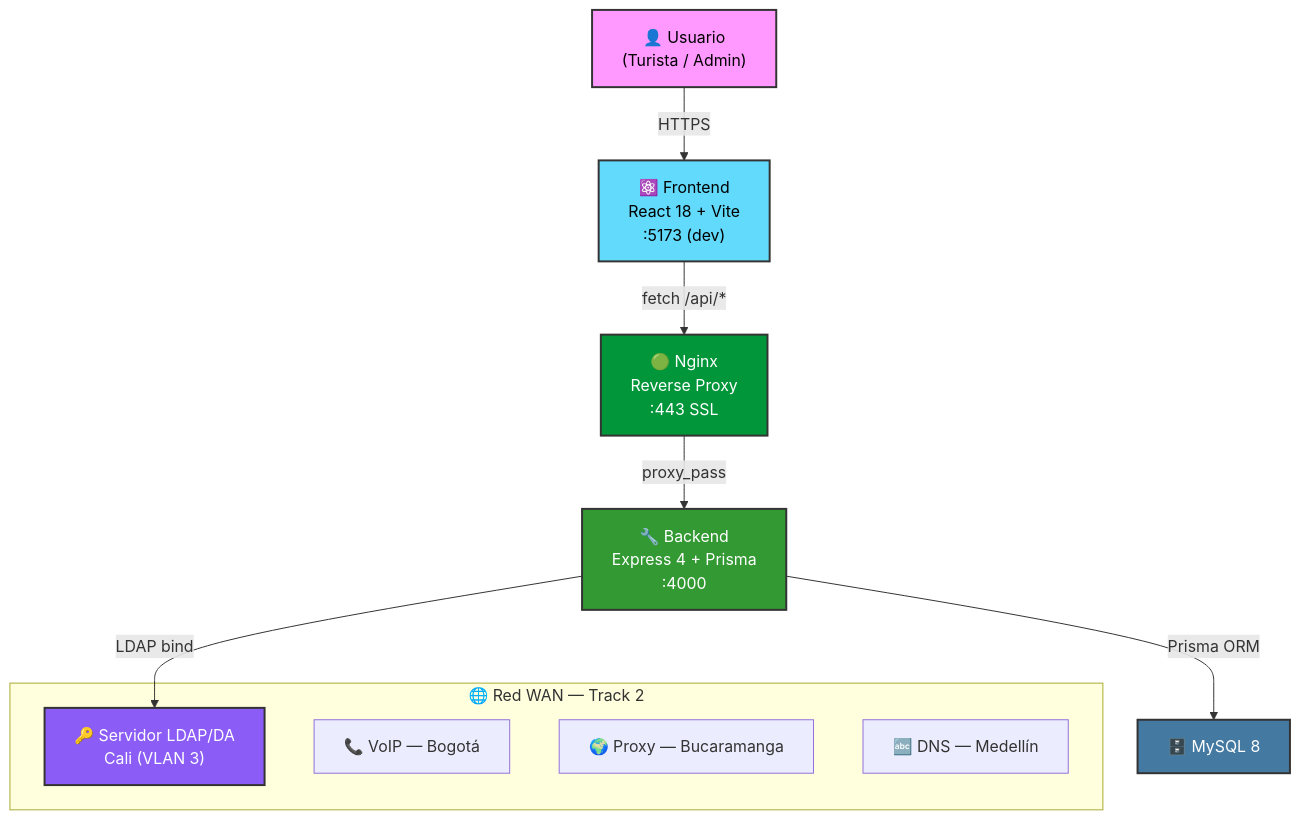
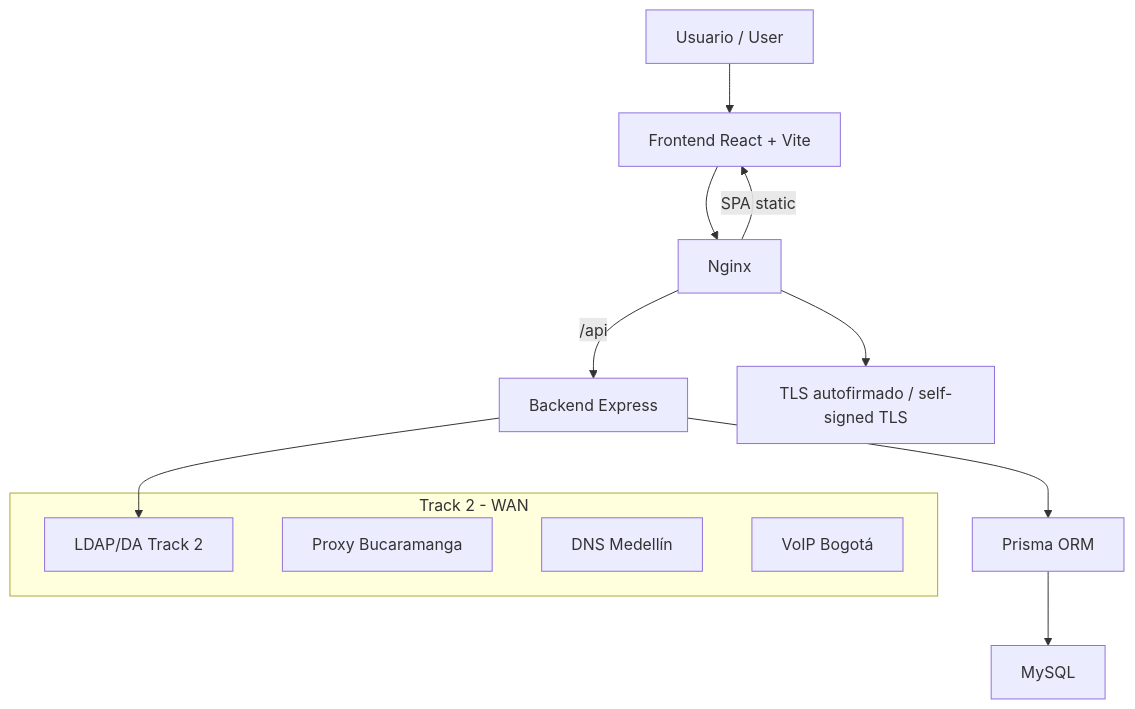
The diagram in README.md (Dabji/Turismo-Cali-UPB), drawn with Mermaid before and after one commit. The commit also changed other lines of this file and 56 other files, not shown here.

````diff
--- a/README.md
+++ b/README.md
@@ -37,22 +82,18 @@
 ```mermaid
 graph TD
-    A["👤 Usuario<br/>(Turista / Admin)"] -->|HTTPS| B["⚛️ Frontend<br/>React 18 + Vite<br/>:5173 (dev)"]
-    B -->|fetch /api/*| N["🟢 Nginx<br/>Reverse Proxy<br/>:443 SSL"]
-    N -->|proxy_pass| C["🔧 Backend<br/>Express 4 + Prisma<br/>:4000"]
-    C -->|Prisma ORM| D["🗄️ MySQL 8"]
-    C -->|LDAP bind| F["🔑 Servidor LDAP/DA<br/>Cali (VLAN 3)"]
+    A["Usuario / User"] --> B["Frontend React + Vite"]
+    B --> C["Nginx"]
+    C -->|"SPA static"| B
+    C -->|"/api"| D["Backend Express"]
+    D --> E["Prisma ORM"]
+    E --> F["MySQL"]
+    D --> G["LDAP/DA Track 2"]
+    C --> H["TLS autofirmado / self-signed TLS"]
 
-    subgraph WAN["🌐 Red WAN — Track 2"]
-        F
-        G["📞 VoIP — Bogotá"]
-        H["🌍 Proxy — Bucaramanga"]
-        I["🔤 DNS — Medellín"]
+    subgraph WAN["Track 2 - WAN"]
+      G
+      I["Proxy Bucaramanga"]
+      J["DNS Medellín"]
+      K["VoIP Bogotá"]
     end
-
-    style A fill:#f9f,stroke:#333,stroke-width:2px,color:#000
-    style B fill:#61DAFB,stroke:#333,stroke-width:2px,color:#000
-    style N fill:#009639,stroke:#333,stroke-width:2px,color:#fff
-    style C fill:#339933,stroke:#333,stroke-width:2px,color:#fff
-    style D fill:#4479A1,stroke:#333,stroke-width:2px,color:#fff
-    style F fill:#8B5CF6,stroke:#333,stroke-width:2px,color:#fff
 ```
````
